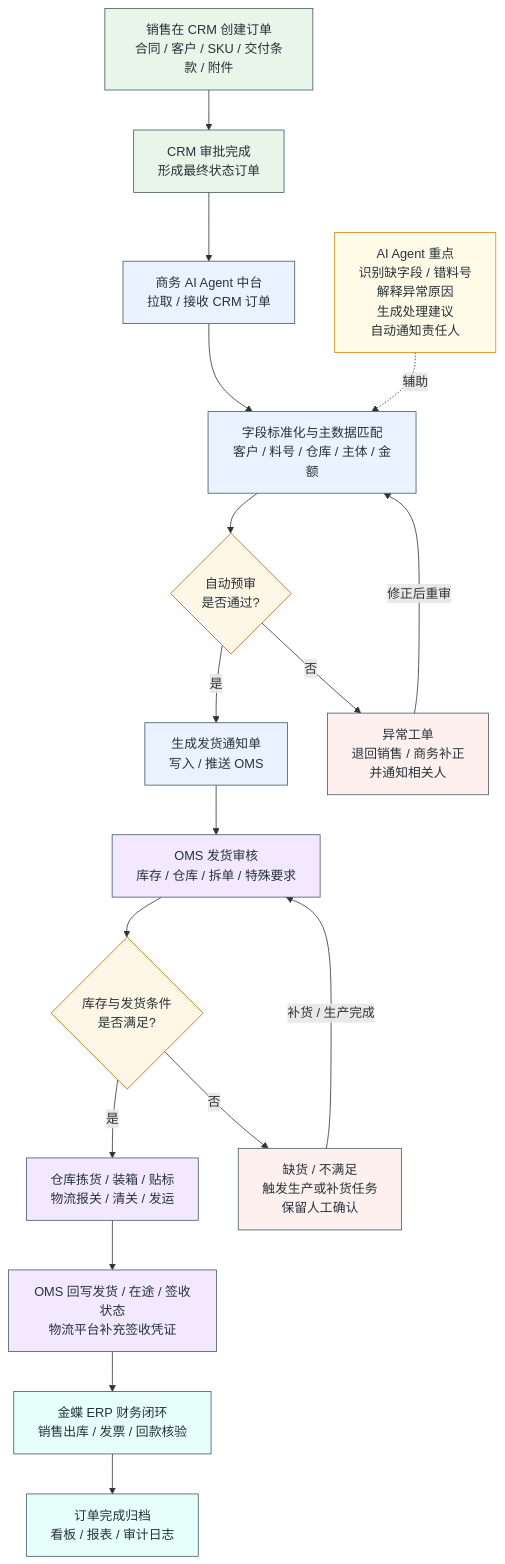
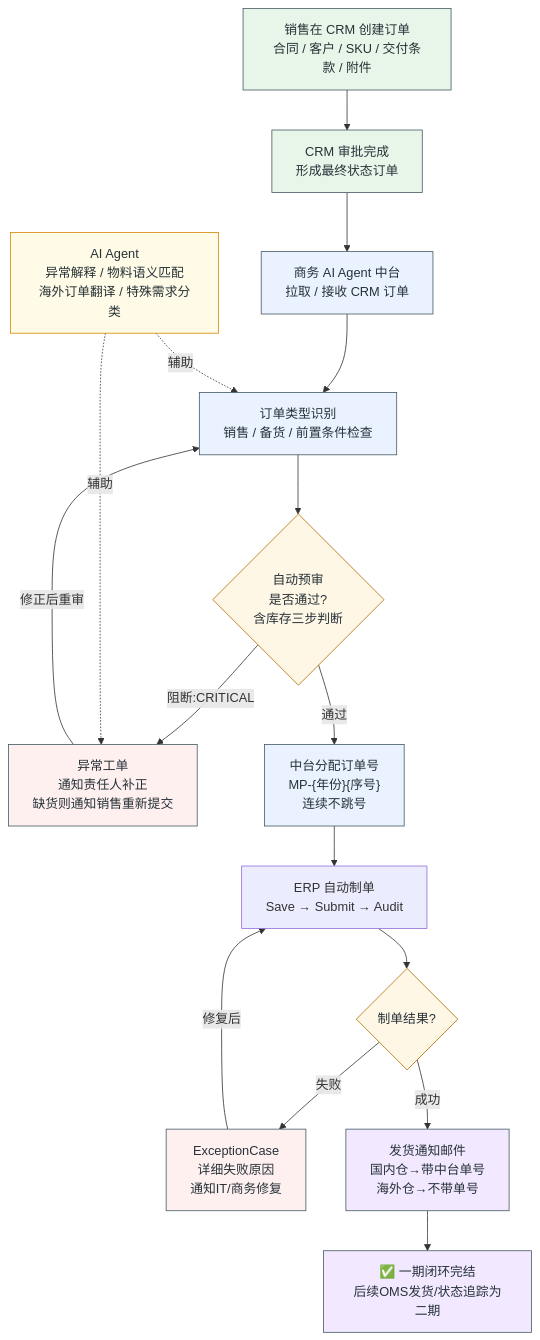
Before and after one commit to kaimw/jm-sp-bot: the first of 2 diagrams in docs/v2-order-middle-platform-design.md, drawn with Mermaid. The commit also changed other lines of this file and 11 other files, not shown here.

````diff
--- a/docs/v2-order-middle-platform-design.md
+++ b/docs/v2-order-middle-platform-design.md
@@ -141,38 +159,36 @@
 ```mermaid
 flowchart TD
   A["销售在 CRM 创建订单<br/>合同 / 客户 / SKU / 交付条款 / 附件"] --> B["CRM 审批完成<br/>形成最终状态订单"]
   B --> C["商务 AI Agent 中台<br/>拉取 / 接收 CRM 订单"]
-  C --> D["字段标准化与主数据匹配<br/>客户 / 料号 / 仓库 / 主体 / 金额"]
-  D --> E{"自动预审<br/>是否通过?"}
-  E -->|是| F["生成发货通知单<br/>写入 / 推送 OMS"]
-  F --> G["OMS 发货审核<br/>库存 / 仓库 / 拆单 / 特殊要求"]
-  G --> H{"库存与发货条件<br/>是否满足?"}
-  H -->|是| I["仓库拣货 / 装箱 / 贴标<br/>物流报关 / 清关 / 发运"]
-  I --> J["OMS 回写发货 / 在途 / 签收状态<br/>物流平台补充签收凭证"]
-  J --> K["金蝶 ERP 财务闭环<br/>销售出库 / 发票 / 回款核验"]
-  K --> L["订单完成归档<br/>看板 / 报表 / 审计日志"]
+  C --> D["订单类型识别<br/>销售 / 备货 / 前置条件检查"]
+  D --> E{"自动预审<br/>是否通过?<br/>含库存三步判断"}
+  E -->|阻断:CRITICAL| X["异常工单<br/>通知责任人补正<br/>缺货则通知销售重新提交"]
+  X -->|修正后重审| D
 
-  E -->|否| X["异常工单<br/>退回销售 / 商务补正<br/>并通知相关人"]
-  X -->|修正后重审| D
-  H -->|否| Y["缺货 / 不满足<br/>触发生产或补货任务<br/>保留人工确认"]
-  Y -->|补货 / 生产完成| G
+  E -->|通过| F["中台分配订单号<br/>MP-{年份}{序号}<br/>连续不跳号"]
+  F --> G["ERP 自动制单<br/>Save → Submit → Audit"]
+  G --> H{"制单结果?"}
+  H -->|失败| I["ExceptionCase<br/>详细失败原因<br/>通知IT/商务修复"]
+  I -->|修复后| G
+  H -->|成功| J["发货通知邮件<br/>国内仓→带中台单号<br/>海外仓→不带单号"]
+  J --> K["✅ 一期闭环完结<br/>后续OMS发货/状态追踪为二期"]
 
-  N["AI Agent 重点<br/>识别缺字段 / 错料号<br/>解释异常原因<br/>生成处理建议<br/>自动通知责任人"]
-  N -.辅助.-> D
+  O["AI Agent<br/>异常解释 / 物料语义匹配<br/>海外订单翻译 / 特殊需求分类"]
+  O -.辅助.-> D
+  O -.辅助.-> X
 
   classDef crm fill:#e8f5e9,stroke:#455a64,stroke-width:1px,color:#263238;
   classDef platform fill:#eaf2ff,stroke:#455a64,stroke-width:1px,color:#263238;
   classDef decision fill:#fff7e6,stroke:#b26a00,stroke-width:1px,color:#263238;
   classDef exception fill:#fff0f0,stroke:#455a64,stroke-width:1px,color:#263238;
   classDef oms fill:#f2e8ff,stroke:#455a64,stroke-width:1px,color:#263238;
   classDef finance fill:#e6fffb,stroke:#455a64,stroke-width:1px,color:#263238;
   classDef ai fill:#fffbe6,stroke:#d48806,stroke-width:1px,color:#263238;
 
   class A,B crm;
   class C,D,F platform;
-  class E,H decision;
-  class X,Y exception;
-  class G,I,J oms;
-  class K,L finance;
-  class N ai;
+  class E,H,L decision;
+  class X,I exception;
+  class J,K oms;
+  class O ai;
 ```
````
